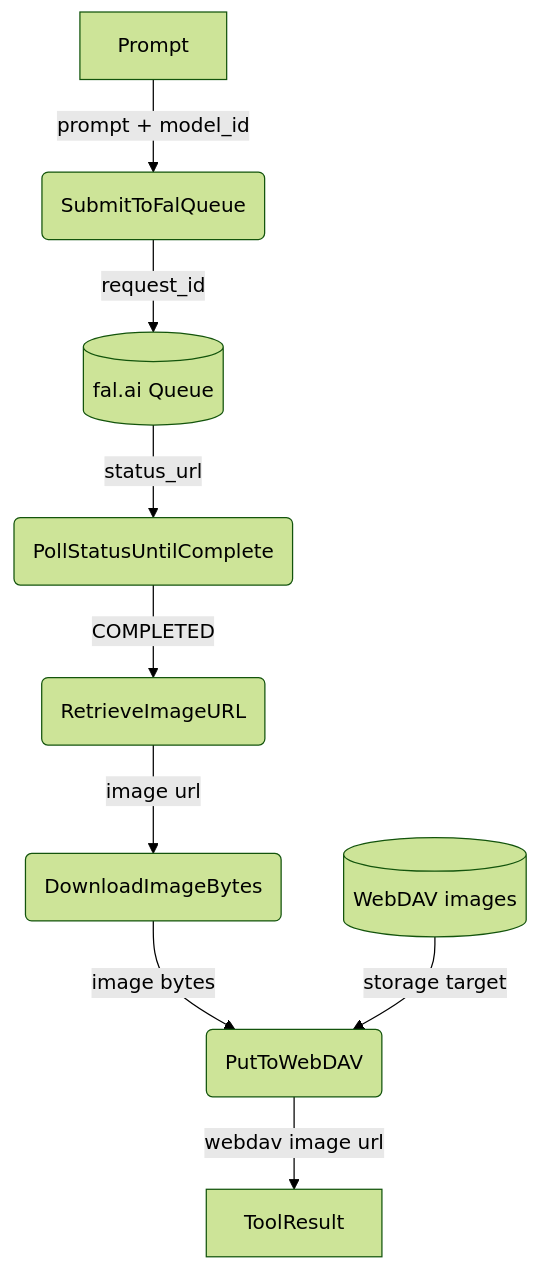
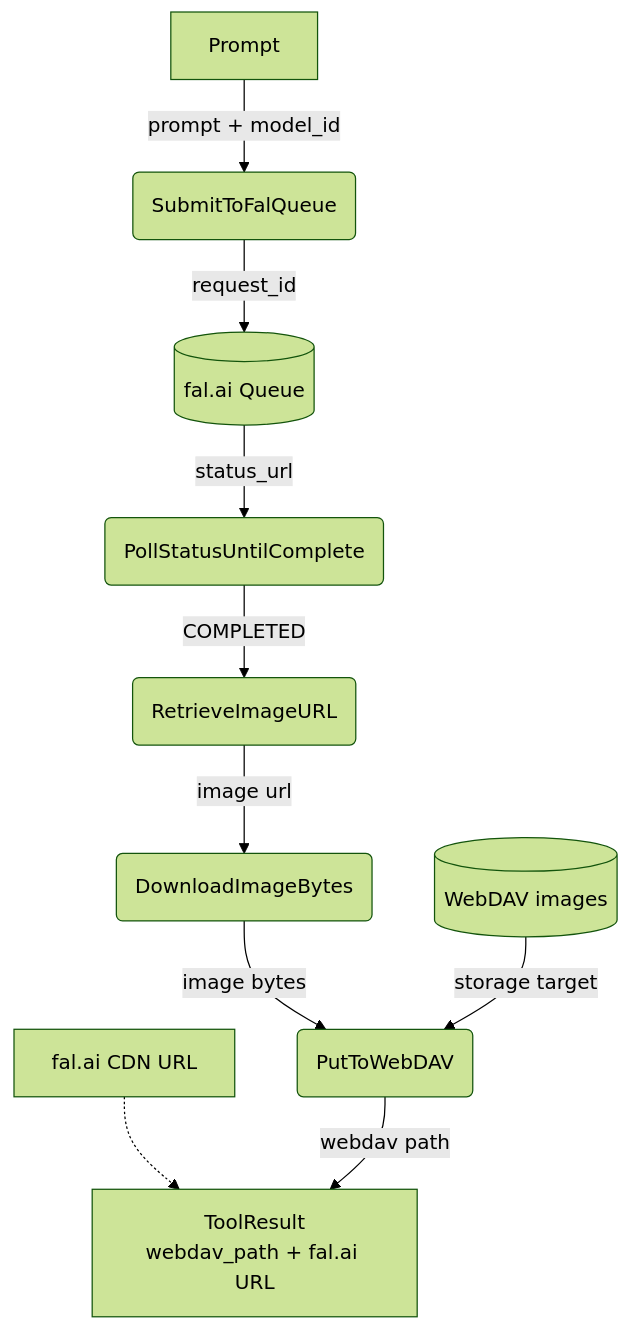
One commit to cosmoswafer/rockbot changed the fifth of 6 diagrams in _dfds/agent-harness.md. Above: the diagram before and after it, drawn with Mermaid (forest theme). The commit also changed other lines of this file and 4 other files, not shown here.

Commit message:
dfd: image_gen tool returns both WebDAV path and fal.ai CDN URL; LLM instructed to share fal.ai URL

````diff
--- a/_dfds/agent-harness.md
+++ b/_dfds/agent-harness.md
@@ -160,21 +168,22 @@
 ```mermaid
 flowchart TD
     PROMPT[Prompt]
     SUBMIT(SubmitToFalQueue)
     QUEUE[(fal.ai Queue)]
     POLL(PollStatusUntilComplete)
     GET(RetrieveImageURL)
     DOWNLOAD(DownloadImageBytes)
     PUT(PutToWebDAV)
     DAV[(WebDAV images)]
-    RESULT[ToolResult]
+    RESULT[ToolResult<br/>webdav_path + fal.ai URL]
 
     PROMPT -->|"prompt + model_id"| SUBMIT
     SUBMIT -->|"request_id"| QUEUE
     QUEUE -->|"status_url"| POLL
     POLL -->|"COMPLETED"| GET
     GET -->|"image url"| DOWNLOAD
     DOWNLOAD -->|"image bytes"| PUT
     DAV -->|"storage target"| PUT
-    PUT -->|"webdav image url"| RESULT
+    FAL_URL["fal.ai CDN URL"] -.-> RESULT
+    PUT -->|"webdav path"| RESULT
 ```
````
